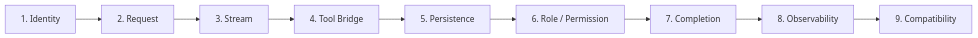
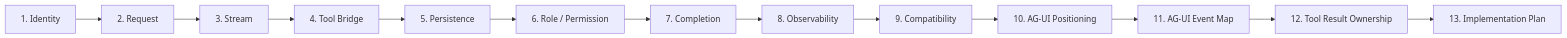
The third of 3 diagrams in site/docs/mothership-contract/index.md (nfbs2000/speaky-sim), drawn with Mermaid before and after one commit. The commit also changed other lines of this file and 6 other files, not shown here.

````diff
--- a/site/docs/mothership-contract/index.md
+++ b/site/docs/mothership-contract/index.md
@@ -60,11 +66,15 @@
 ```mermaid
 flowchart LR
   A["1. Identity"] --> B["2. Request"]
   B --> C["3. Stream"]
   C --> D["4. Tool Bridge"]
   D --> E["5. Persistence"]
   E --> F["6. Role / Permission"]
   F --> G["7. Completion"]
   G --> H["8. Observability"]
   H --> I["9. Compatibility"]
+  I --> J["10. AG-UI Positioning"]
+  J --> K["11. AG-UI Event Map"]
+  K --> L["12. Tool Result Ownership"]
+  L --> M["13. Implementation Plan"]
 ```
````
